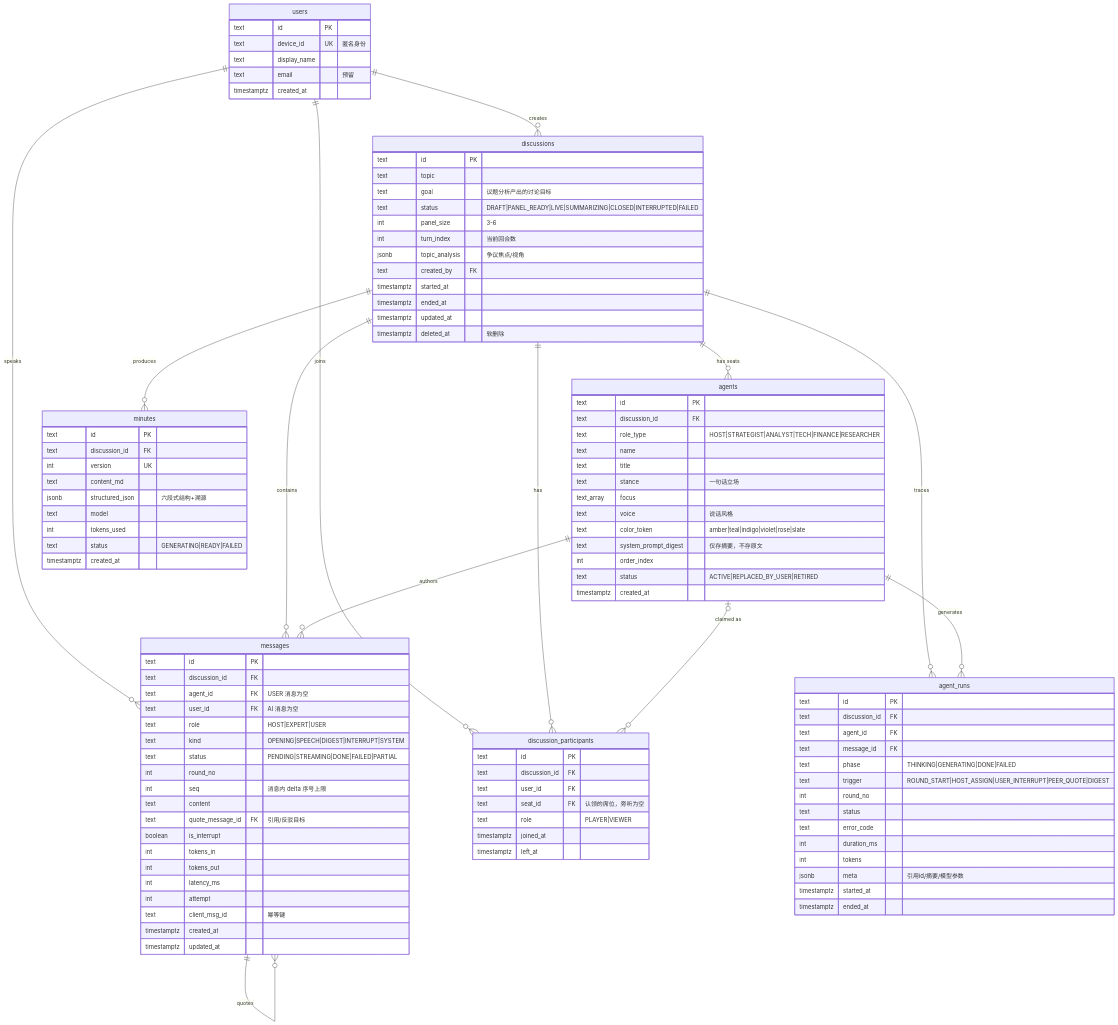
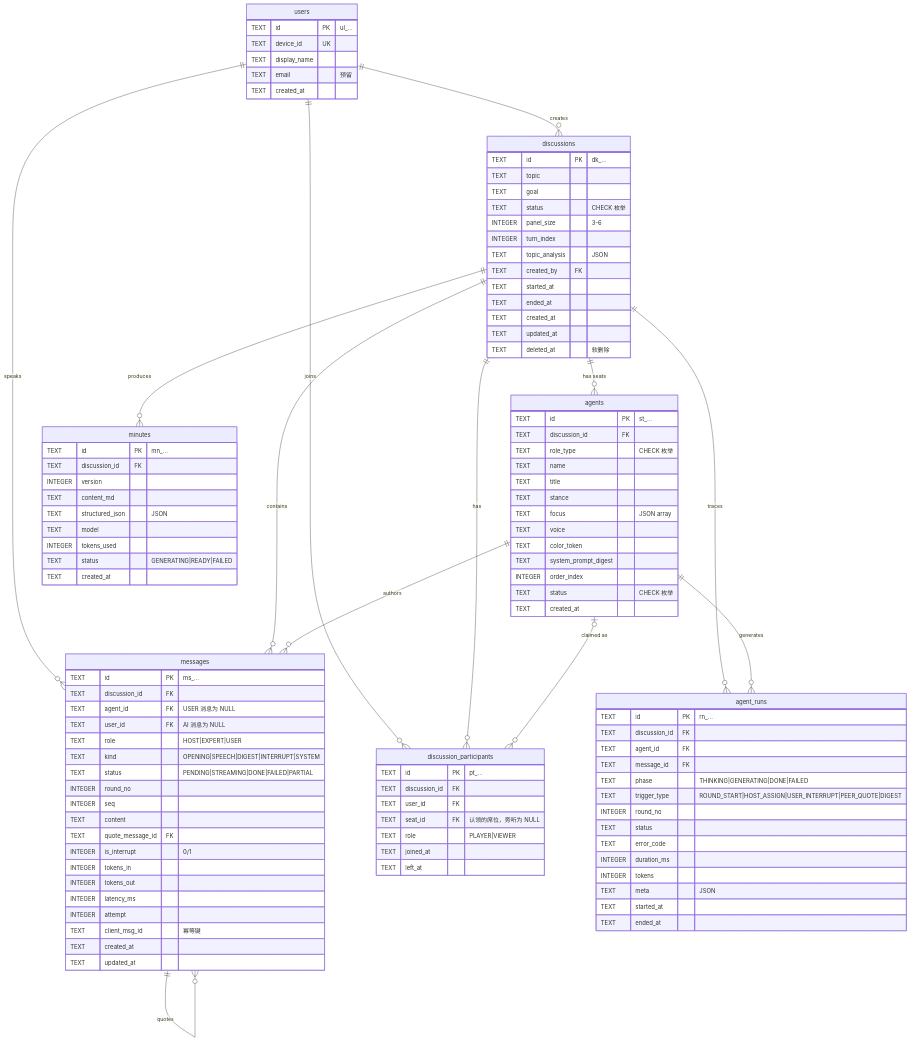
The first of 2 diagrams in docs/DATABASE.md (zueszyz/ai-panel-studio), drawn with Mermaid before and after one commit. The commit also changed other lines of this file, not shown here.

Commit message:
docs(db): redesign schema for sqlite with flyway and partial indexes

````diff
--- a/docs/DATABASE.md
+++ b/docs/DATABASE.md
@@ -31,102 +78,103 @@
     messages ||--o{ messages : "quotes"
 
     users {
-        text id PK
-        text device_id UK "匿名身份"
-        text display_name
-        text email "预留"
-        timestamptz created_at
+        TEXT id PK "ul_..."
+        TEXT device_id UK
+        TEXT display_name
+        TEXT email "预留"
+        TEXT created_at
     }
 
     discussions {
-        text id PK
-        text topic
-        text goal "议题分析产出的讨论目标"
-        text status "DRAFT|PANEL_READY|LIVE|SUMMARIZING|CLOSED|INTERRUPTED|FAILED"
-        int  panel_size "3-6"
-        int  turn_index "当前回合数"
-        jsonb topic_analysis "争议焦点/视角"
-        text created_by FK
-        timestamptz started_at
-        timestamptz ended_at
-        timestamptz updated_at
-        timestamptz deleted_at "软删除"
+        TEXT id PK "dk_..."
+        TEXT topic
+        TEXT goal
+        TEXT status "CHECK 枚举"
+        INTEGER panel_size "3-6"
+        INTEGER turn_index
+        TEXT topic_analysis "JSON"
+        TEXT created_by FK
+        TEXT started_at
+        TEXT ended_at
+        TEXT created_at
+        TEXT updated_at
+        TEXT deleted_at "软删除"
     }
 
     agents {
-        text id PK
-        text discussion_id FK
-        text role_type "HOST|STRATEGIST|ANALYST|TECH|FINANCE|RESEARCHER"
-        text name
-        text title
-        text stance "一句话立场"
-        text_array focus
-        text voice "说话风格"
-        text color_token "amber|teal|indigo|violet|rose|slate"
-        text system_prompt_digest "仅存摘要，不存原文"
-        int  order_index
-        text status "ACTIVE|REPLACED_BY_USER|RETIRED"
-        timestamptz created_at
+        TEXT id PK "st_..."
+        TEXT discussion_id FK
+        TEXT role_type "CHECK 枚举"
+        TEXT name
+        TEXT title
+        TEXT stance
+        TEXT focus "JSON array"
+        TEXT voice
+        TEXT color_token
+        TEXT system_prompt_digest
+        INTEGER order_index
+        TEXT status "CHECK 枚举"
+        TEXT created_at
     }
 
     messages {
-        text id PK
-        text discussion_id FK
-        text agent_id FK "USER 消息为空"
-        text user_id FK "AI 消息为空"
-        text role "HOST|EXPERT|USER"
-        text kind "OPENING|SPEECH|DIGEST|INTERRUPT|SYSTEM"
-        text status "PENDING|STREAMING|DONE|FAILED|PARTIAL"
-        int  round_no
-        int  seq "消息内 delta 序号上限"
-        text content
-        text quote_message_id FK "引用/反驳目标"
-        boolean is_interrupt
-        int  tokens_in
-        int  tokens_out
-        int  latency_ms
-        int  attempt
-        text client_msg_id "幂等键"
-        timestamptz created_at
-        timestamptz updated_at
+        TEXT id PK "ms_..."
+        TEXT discussion_id FK
+        TEXT agent_id FK "USER 消息为 NULL"
+        TEXT user_id FK "AI 消息为 NULL"
+        TEXT role "HOST|EXPERT|USER"
+        TEXT kind "OPENING|SPEECH|DIGEST|INTERRUPT|SYSTEM"
+        TEXT status "PENDING|STREAMING|DONE|FAILED|PARTIAL"
+        INTEGER round_no
+        INTEGER seq
+        TEXT content
+        TEXT quote_message_id FK
+        INTEGER is_interrupt "0/1"
+        INTEGER tokens_in
+        INTEGER tokens_out
+        INTEGER latency_ms
+        INTEGER attempt
+        TEXT client_msg_id "幂等键"
+        TEXT created_at
+        TEXT updated_at
     }
 
     minutes {
-        text id PK
-        text discussion_id FK
-        int  version UK
-        text content_md
-        jsonb structured_json "六段式结构+溯源"
-        text model
-        int  tokens_used
-        text status "GENERATING|READY|FAILED"
-        timestamptz created_at
+        TEXT id PK "mn_..."
+        TEXT discussion_id FK
+        INTEGER version
+        TEXT content_md
+        TEXT structured_json "JSON"
+        TEXT model
+        INTEGER tokens_used
+        TEXT status "GENERATING|READY|FAILED"
+        TEXT created_at
     }
 
     agent_runs {
-        text id PK
-        text discussion_id FK
-        text agent_id FK
-        text message_id FK
-        text phase "THINKING|GENERATING|DONE|FAILED"
-        text trigger "ROUND_START|HOST_ASSIGN|USER_INTERRUPT|PEER_QUOTE|DIGEST"
-        int  round_no
-        text status
-        text error_code
-        int  duration_ms
-        int  tokens
-        jsonb meta "引用id/摘要/模型参数"
-        timestamptz started_at
-        timestamptz ended_at
+        TEXT id PK "rn_..."
+        TEXT discussion_id FK
+        TEXT agent_id FK
+        TEXT message_id FK
+        TEXT phase "THINKING|GENERATING|DONE|FAILED"
+        TEXT trigger_type "ROUND_START|HOST_ASSIGN|USER_INTERRUPT|PEER_QUOTE|DIGEST"
+        INTEGER round_no
+        TEXT status
+        TEXT error_code
+        INTEGER duration_ms
+        INTEGER tokens
+        TEXT meta "JSON"
+        TEXT started_at
+        TEXT ended_at
     }
 
     discussion_participants {
-        text id PK
-        text discussion_id FK
-        text user_id FK
-        text seat_id FK "认领的席位，旁听为空"
-        text role "PLAYER|VIEWER"
-        timestamptz joined_at
-        timestamptz left_at
+        TEXT id PK "pt_..."
+        TEXT discussion_id FK
+        TEXT user_id FK
+        TEXT seat_id FK "认领的席位，旁听为 NULL"
+        TEXT role "PLAYER|VIEWER"
+        TEXT joined_at
+        TEXT left_at
     }
 ```
````
